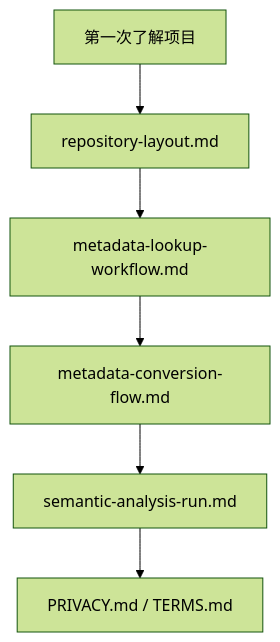
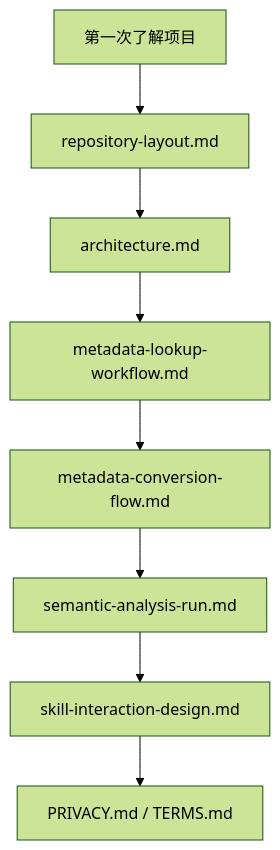
Before and after one commit to dabaige53/RealAnalyst: the diagram in docs/README.md, drawn with Mermaid (forest theme). The commit also changed other lines of this file and 62 other files, not shown here.

````diff
--- a/docs/README.md
+++ b/docs/README.md
@@ -10,8 +10,10 @@
 ```mermaid
 flowchart TD
     Start[第一次了解项目] --> Layout[repository-layout.md]
-    Layout --> Lookup[metadata-lookup-workflow.md]
+    Layout --> Arch[architecture.md]
+    Arch --> Lookup[metadata-lookup-workflow.md]
     Lookup --> Conversion[metadata-conversion-flow.md]
     Conversion --> Semantic[semantic-analysis-run.md]
-    Semantic --> Privacy[PRIVACY.md / TERMS.md]
+    Semantic --> Interaction[skill-interaction-design.md]
+    Interaction --> Privacy[PRIVACY.md / TERMS.md]
 ```
````
